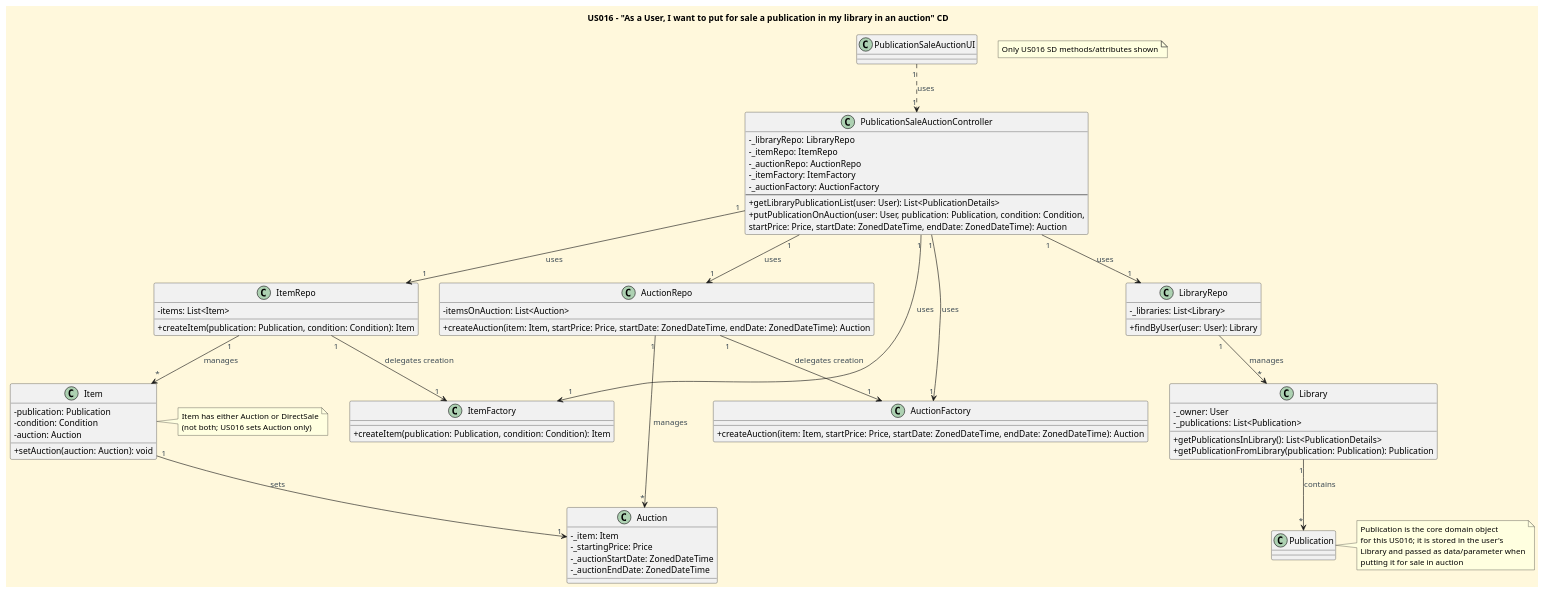
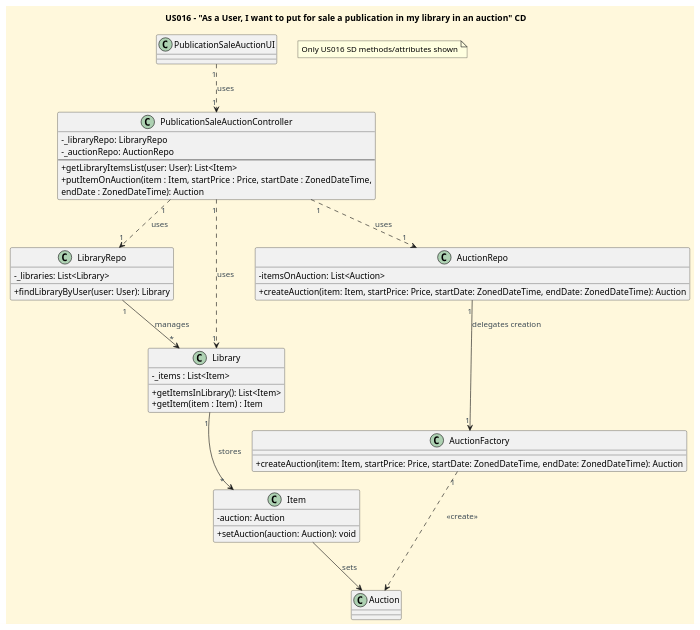
The diagram in docs/userStories/US016/US016_publication_sale_auction_CD.puml (CarolinaLeite-collab/JavaMarketplacePlatform), drawn with PlantUML before and after one commit. The commit also changed 1 other file, not shown here.

```diff
--- a/docs/userStories/US016/US016_publication_sale_auction_CD.puml
+++ b/docs/userStories/US016/US016_publication_sale_auction_CD.puml
@@ -1,119 +1,81 @@
 @startuml
 'https://plantuml.com/class-diagram
 title US016 – "As a User, I want to put for sale a publication in my library in an auction" CD
 
 '==== basic style ====
 skinparam monochrome false
 skinparam shadowing false
 skinparam defaultFontName Futura
 skinparam objectFontSize 20
 skinparam backgroundColor CornSilk
 skinparam objectBackgroundColor WhiteSmoke
 skinparam noteBackgroundColor #FFFFE0
 skinparam ArrowFontColor #3B4953
 skinparam ActivationBackgroundColor black
 skinparam classAttributeIconSize 0
 
 '=== Classes ===
 class PublicationSaleAuctionUI {
 }
 
 class PublicationSaleAuctionController {
   - _libraryRepo: LibraryRepo
-  - _itemRepo: ItemRepo
   - _auctionRepo: AuctionRepo
-  - _itemFactory: ItemFactory
-  - _auctionFactory: AuctionFactory
   --
-  + getLibraryPublicationList(user: User): List<PublicationDetails>
-  + putPublicationOnAuction(user: User, publication: Publication, condition: Condition,
-                           startPrice: Price, startDate: ZonedDateTime, endDate: ZonedDateTime): Auction
+  + getLibraryItemsList(user: User): List<Item>
+  + putItemOnAuction(item : Item, startPrice : Price, startDate : ZonedDateTime,
+                            endDate : ZonedDateTime): Auction
 }
 
 class LibraryRepo {
   - _libraries: List<Library>
-  + findByUser(user: User): Library
+  + findLibraryByUser(user: User): Library
 }
 
 class Library {
-  - _owner: User
-  - _publications: List<Publication>
-  + getPublicationsInLibrary(): List<PublicationDetails>
-  + getPublicationFromLibrary(publication: Publication): Publication
-}
-
-class Publication {
-}
-
-class ItemRepo {
-  - items: List<Item>
-  + createItem(publication: Publication, condition: Condition): Item
+  - _items : List<Item>
+  + getItemsInLibrary(): List<Item>
+  + getItem(item : Item) : Item
 }
 
 class Item {
-  - publication: Publication
-  - condition: Condition
   - auction: Auction
   + setAuction(auction: Auction): void
 }
 
 class AuctionRepo {
   - itemsOnAuction: List<Auction>
   + createAuction(item: Item, startPrice: Price, startDate: ZonedDateTime, endDate: ZonedDateTime): Auction
 }
 
 class Auction {
-  - _item: Item
-  - _startingPrice: Price
-  - _auctionStartDate: ZonedDateTime
-  - _auctionEndDate: ZonedDateTime
-}
-
-class ItemFactory {
-  + createItem(publication: Publication, condition: Condition): Item
 }
 
 class AuctionFactory {
   + createAuction(item: Item, startPrice: Price, startDate: ZonedDateTime, endDate: ZonedDateTime): Auction
 }
 
 '=== Relationships ===
 ' UI → Controller
 PublicationSaleAuctionUI "1" ..> "1" PublicationSaleAuctionController : uses
 
 ' Controller → Repos
-PublicationSaleAuctionController "1" --> "1" LibraryRepo : uses
-PublicationSaleAuctionController "1" --> "1" ItemRepo : uses
-PublicationSaleAuctionController "1" --> "1" AuctionRepo : uses
-PublicationSaleAuctionController "1" --> "1" ItemFactory : uses
-PublicationSaleAuctionController "1" --> "1" AuctionFactory : uses
+PublicationSaleAuctionController "1" ..> "1" LibraryRepo : uses
+PublicationSaleAuctionController "1" ..> "1" Library : uses
+PublicationSaleAuctionController "1" ..> "1" AuctionRepo : uses
 
 ' Repos → Domain objects
 LibraryRepo "1" --> "*" Library : manages
-ItemRepo "1" --> "*" Item : manages
-AuctionRepo "1" --> "*" Auction : manages
 
 ' Repos delegate creation to factories
-ItemRepo "1" --> "1" ItemFactory : delegates creation
 AuctionRepo "1" --> "1" AuctionFactory : delegates creation
+AuctionFactory "1" ..> Auction : <<create>>
 
-' Domain relationships
-Item "1" --> "1" Auction : sets
-note right of Item
-  Item has either Auction or DirectSale
-  (not both; US016 sets Auction only)
-end note
-
-Library "1" --> "*" Publication : contains
-note right of Publication
- Publication is the core domain object
- for this US016; it is stored in the user's
- Library and passed as data/parameter when
- putting it for sale in auction
-end note
+Library "1" --> "*" Item : stores
+Item --> Auction : sets
 
 note as N1
  Only US016 SD methods/attributes shown
 end note
 
 @enduml
```
